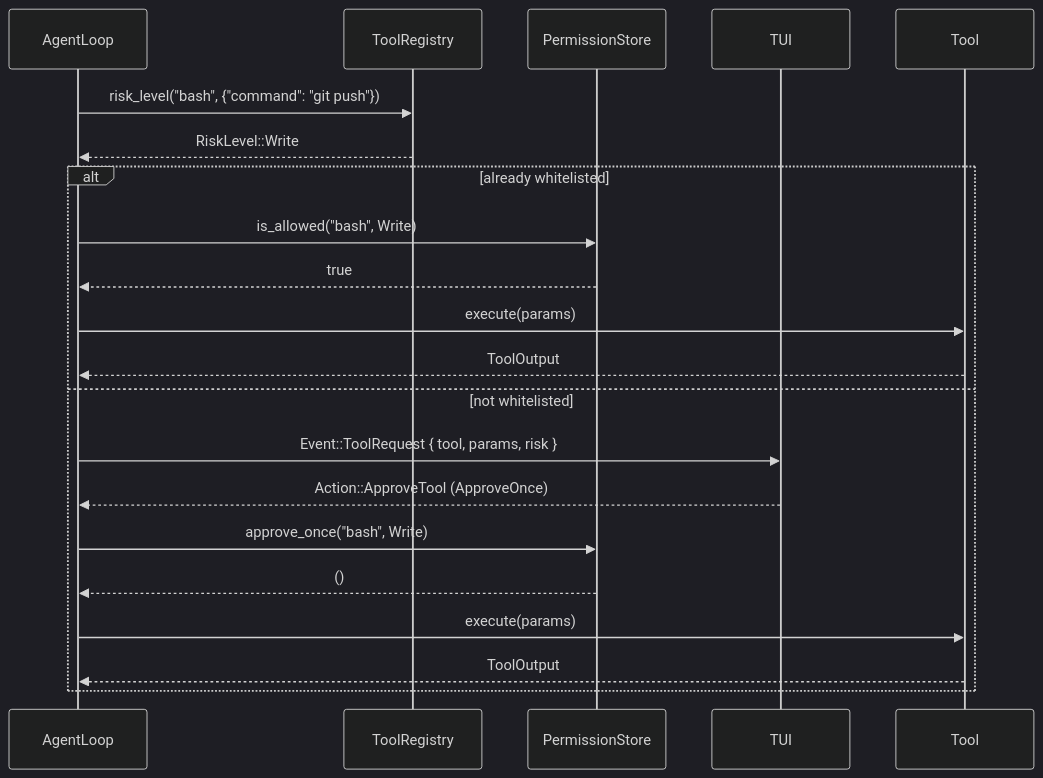
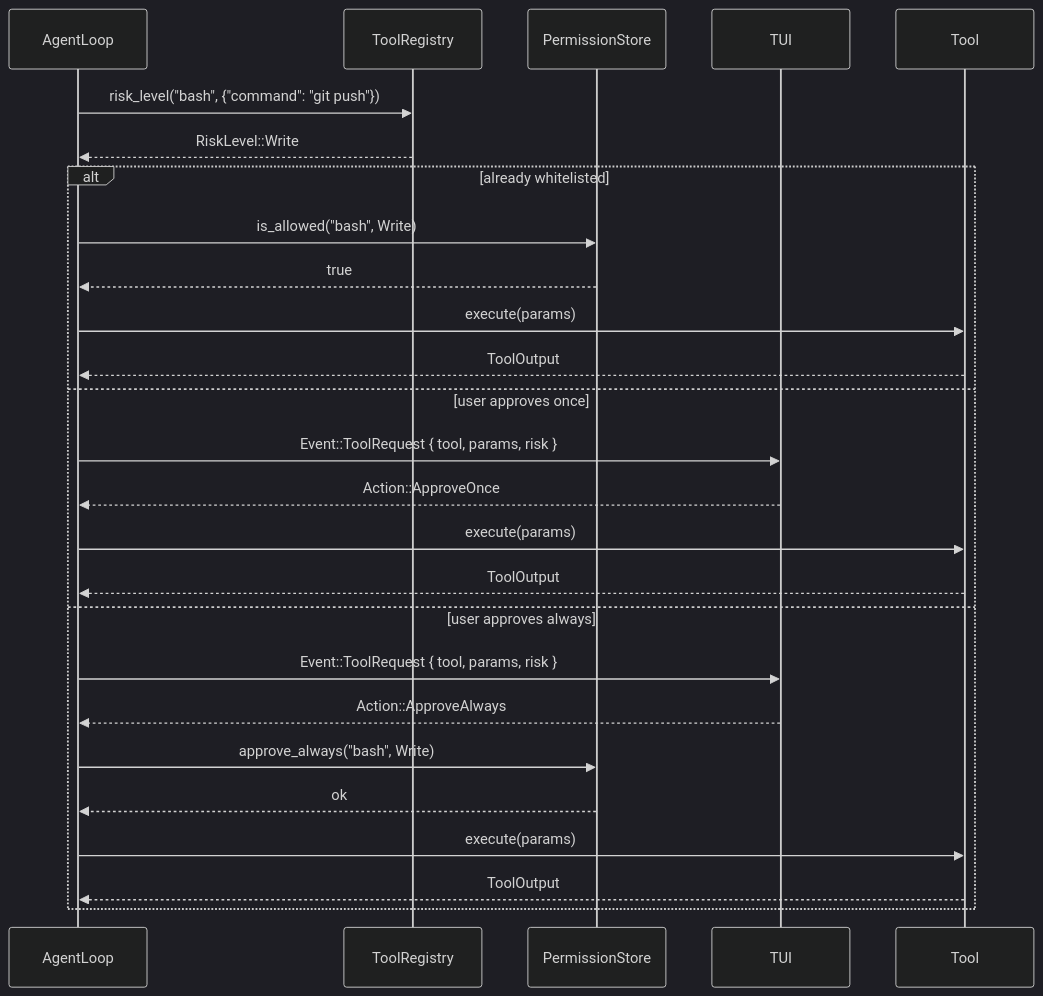
Before and after one commit to CheneyYin/emergence: the seventh of 14 diagrams in docs/superpowers/specs/2026-05-04-emergence-design.md, drawn with Mermaid (dark theme).

Commit message:
fix: split approve-once and approve-always flows in permission sequence diagram

````diff
--- a/docs/superpowers/specs/2026-05-04-emergence-design.md
+++ b/docs/superpowers/specs/2026-05-04-emergence-design.md
@@ -381,25 +381,30 @@
 ```mermaid
 sequenceDiagram
     participant AL as AgentLoop
     participant TR as ToolRegistry
     participant PS as PermissionStore
     participant TUI as TUI
     participant Tool as Tool
 
     AL->>TR: risk_level("bash", {"command": "git push"})
     TR-->>AL: RiskLevel::Write
 
     alt already whitelisted
         AL->>PS: is_allowed("bash", Write)
         PS-->>AL: true
         AL->>Tool: execute(params)
         Tool-->>AL: ToolOutput
-    else not whitelisted
+    else user approves once
         AL->>TUI: Event::ToolRequest { tool, params, risk }
-        TUI-->>AL: Action::ApproveTool (ApproveOnce)
-        AL->>PS: approve_once("bash", Write)
-        PS-->>AL: ()
+        TUI-->>AL: Action::ApproveOnce
+        AL->>Tool: execute(params)
+        Tool-->>AL: ToolOutput
+    else user approves always
+        AL->>TUI: Event::ToolRequest { tool, params, risk }
+        TUI-->>AL: Action::ApproveAlways
+        AL->>PS: approve_always("bash", Write)
+        PS-->>AL: ok
         AL->>Tool: execute(params)
         Tool-->>AL: ToolOutput
     end
 ```
````
